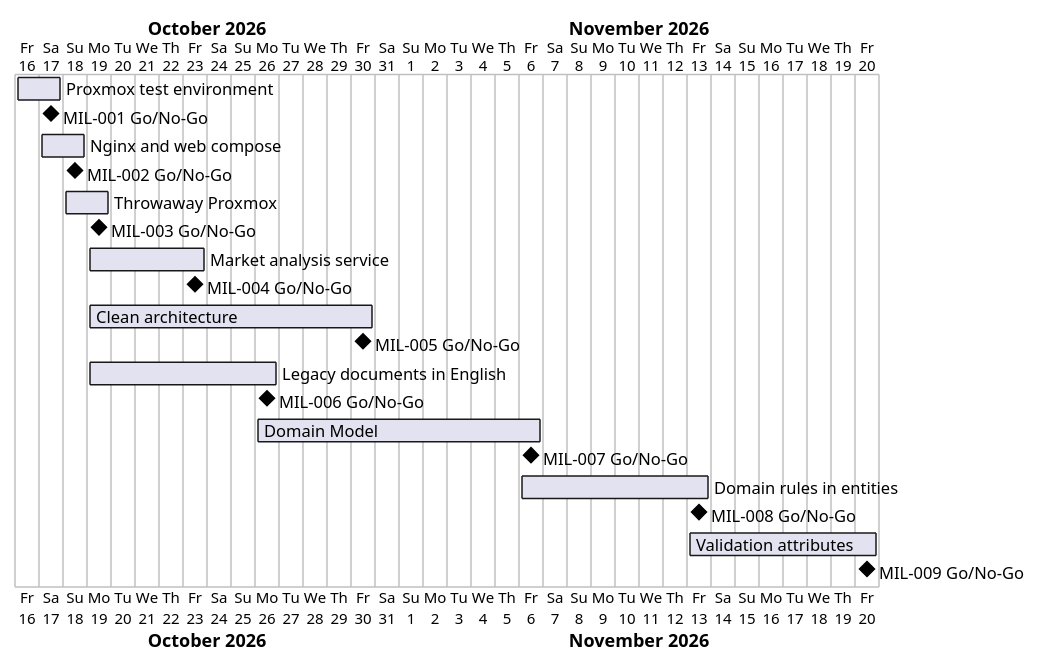
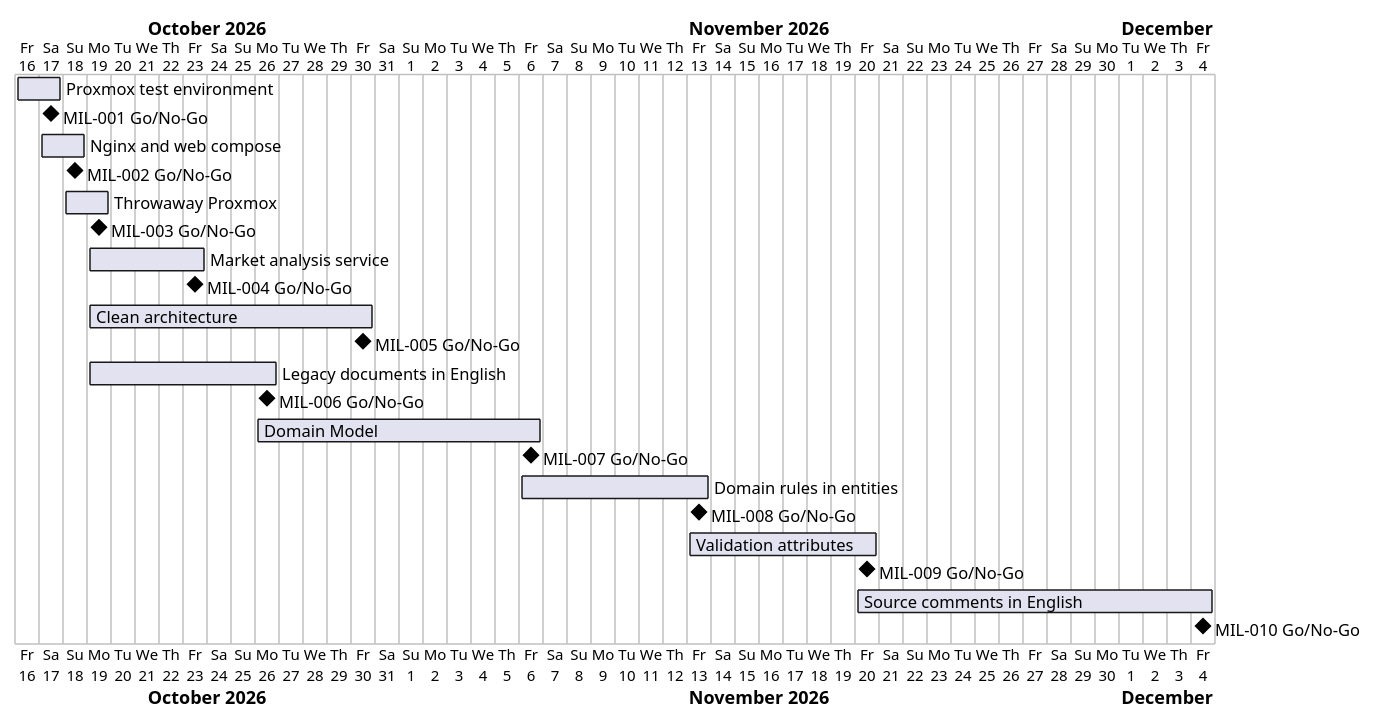
The diagram in docs/project-plan.md (NF-Hotel/NFHotel), drawn with PlantUML before and after one commit. The commit also changed other lines of this file and 6 other files, not shown here.

First line of the commit message:
Plan MIL-010: source comments in English

````diff
--- a/docs/project-plan.md
+++ b/docs/project-plan.md
@@ -45,23 +46,25 @@
 ```plantuml
 @startgantt
 Project starts 2026-10-16
 [Proxmox test environment] starts 2026-10-16 and ends 2026-10-17
 [MIL-001 Go/No-Go] happens 2026-10-17
 [Nginx and web compose] starts 2026-10-17 and ends 2026-10-18
 [MIL-002 Go/No-Go] happens 2026-10-18
 [Throwaway Proxmox] starts 2026-10-18 and ends 2026-10-19
 [MIL-003 Go/No-Go] happens 2026-10-19
 [Market analysis service] starts 2026-10-19 and ends 2026-10-23
 [MIL-004 Go/No-Go] happens 2026-10-23
 [Clean architecture] starts 2026-10-19 and ends 2026-10-30
 [MIL-005 Go/No-Go] happens 2026-10-30
 [Legacy documents in English] starts 2026-10-19 and ends 2026-10-26
 [MIL-006 Go/No-Go] happens 2026-10-26
 [Domain Model] starts 2026-10-26 and ends 2026-11-06
 [MIL-007 Go/No-Go] happens 2026-11-06
 [Domain rules in entities] starts 2026-11-06 and ends 2026-11-13
 [MIL-008 Go/No-Go] happens 2026-11-13
 [Validation attributes] starts 2026-11-13 and ends 2026-11-20
 [MIL-009 Go/No-Go] happens 2026-11-20
+[Source comments in English] starts 2026-11-20 and ends 2026-12-04
+[MIL-010 Go/No-Go] happens 2026-12-04
 @endgantt
 ```
````
